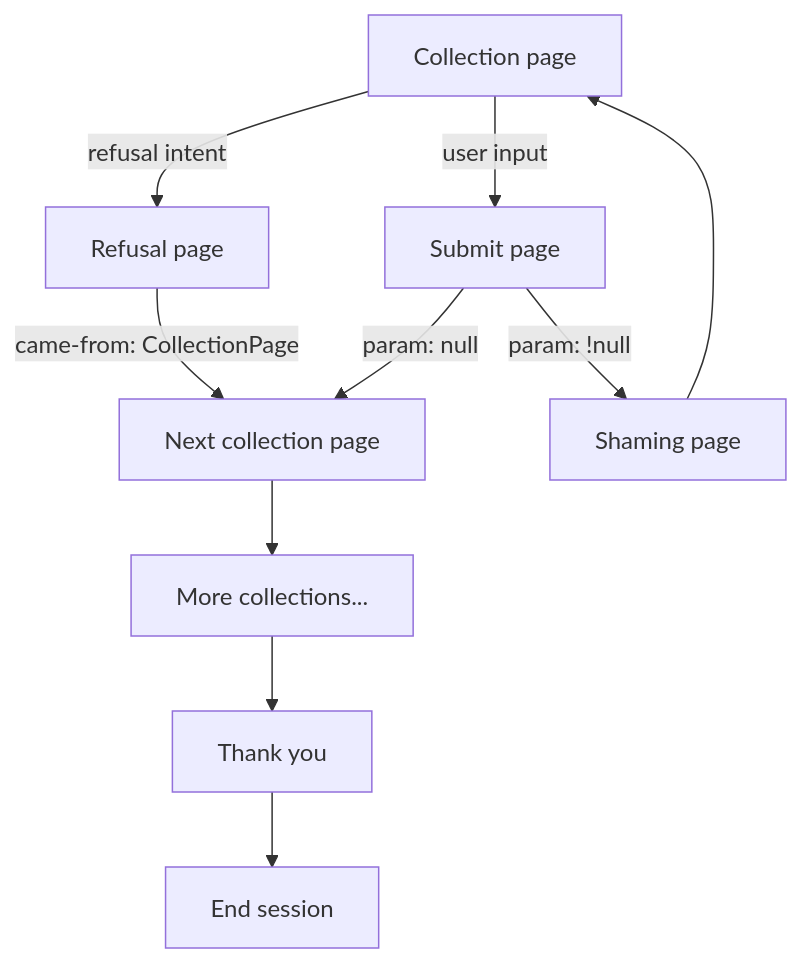
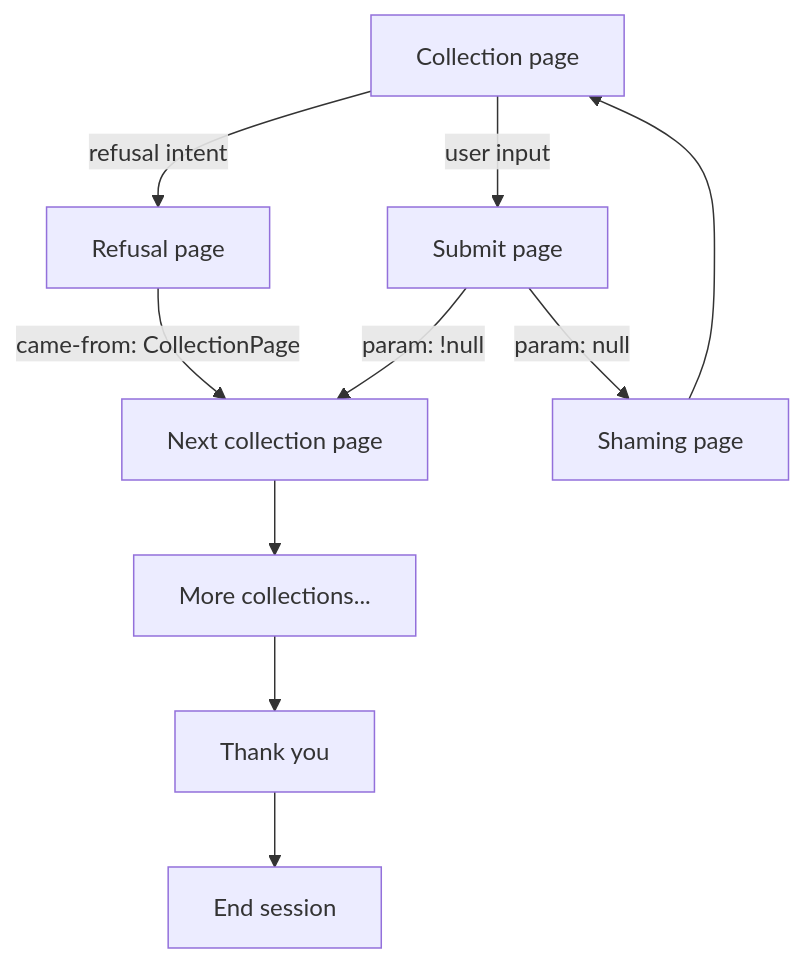
Before and after one commit to rchDev/game-of-points: the third of 3 diagrams in docs/conv-agent.md, drawn with Mermaid.

````diff
--- a/docs/conv-agent.md
+++ b/docs/conv-agent.md
@@ -119,21 +119,21 @@
 ```mermaid
 graph TD
     CollectionPage["Collection page"]
     SubmitPage["Submit page"]
     RefusalPage["Refusal page"]
     NextCollectionPage["Next collection page"]
     ShamingPage["Shaming page"]
     MoreCollection["More collections..."]
     ThankYou["Thank you"]
     SessionEnd["End session"]
 
     CollectionPage -->|"user input"| SubmitPage
     CollectionPage -->|"refusal intent"| RefusalPage
     RefusalPage -->|"came-from: CollectionPage"| NextCollectionPage
-    SubmitPage -->|"param: null"| NextCollectionPage
-    SubmitPage -->|"param: !null"| ShamingPage
+    SubmitPage -->|"param: !null"| NextCollectionPage
+    SubmitPage -->|"param: null"| ShamingPage
     ShamingPage --> CollectionPage
     NextCollectionPage --> MoreCollection
     MoreCollection --> ThankYou
     ThankYou --> SessionEnd
 ```
````
